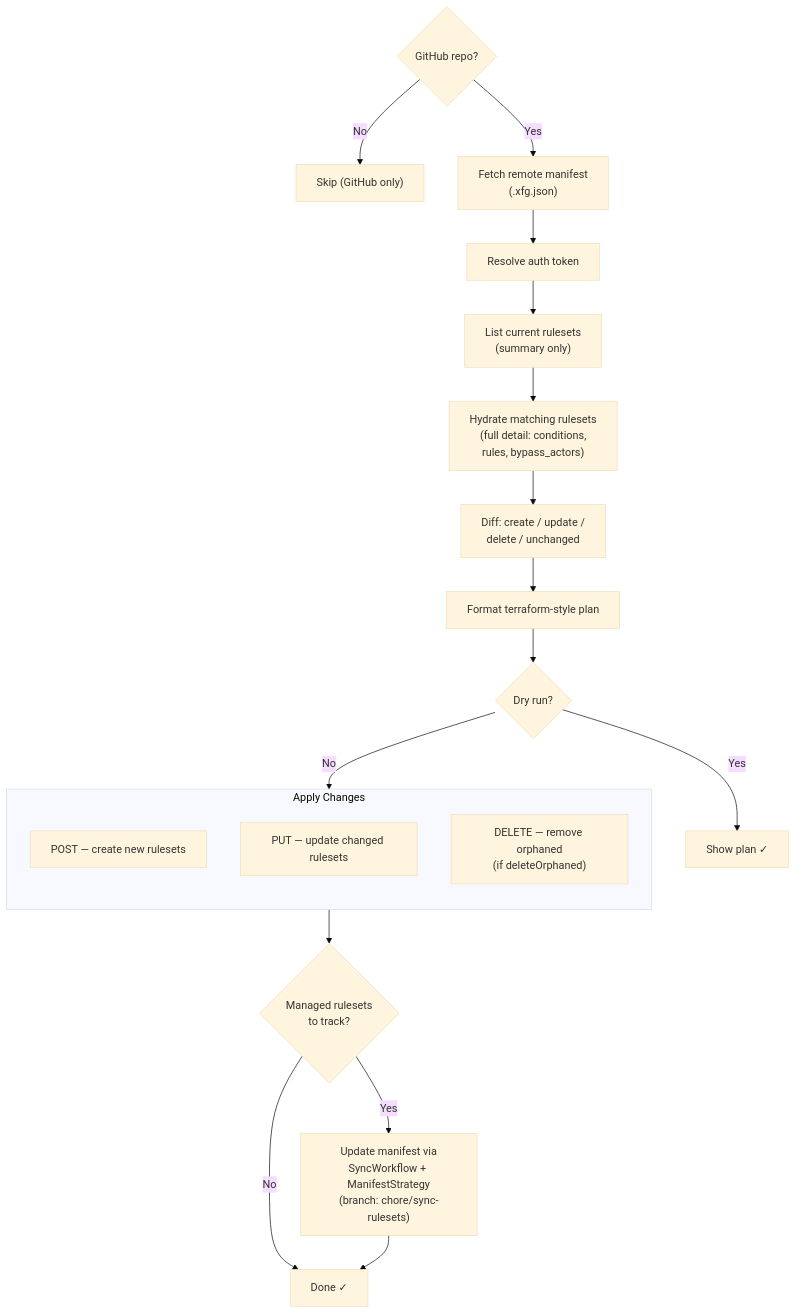
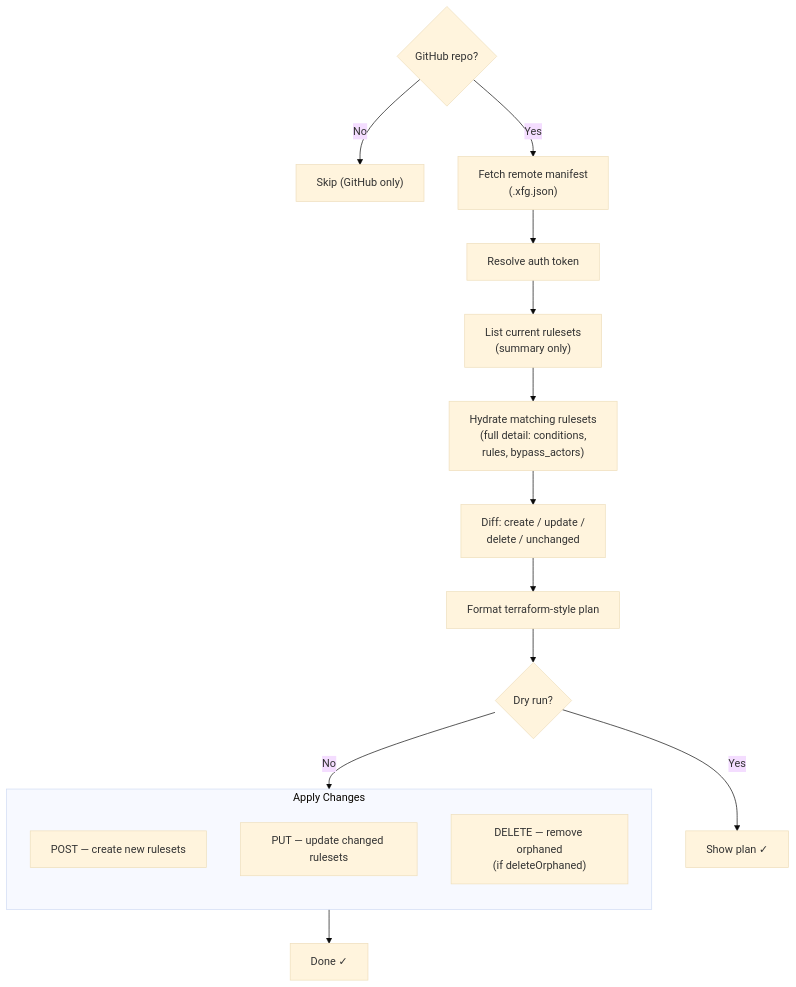
The fourth of 6 diagrams in docs/index.md (anthony-spruyt/xfg), drawn with Mermaid (base theme) before and after one commit. The commit also changed other lines of this file and 58 other files, not shown here.

````diff
--- a/docs/index.md
+++ b/docs/index.md
@@ -354,28 +351,25 @@
 ```mermaid
 flowchart TB
     GUARD{GitHub repo?} -->|No| SKIP_P["Skip (GitHub only)"]
     GUARD -->|Yes| FETCH_MANIFEST["Fetch remote manifest<br/>(.xfg.json)"]
 
     FETCH_MANIFEST --> TOKEN["Resolve auth token"]
 
     TOKEN --> LIST["List current rulesets<br/>(summary only)"]
     LIST --> HYDRATE["Hydrate matching rulesets<br/>(full detail: conditions,<br/>rules, bypass_actors)"]
 
     HYDRATE --> DIFF["Diff: create / update /<br/>delete / unchanged"]
     DIFF --> PLAN["Format terraform-style plan"]
     PLAN --> DRY{Dry run?}
     DRY -->|Yes| SHOW["Show plan ✓"]
     DRY -->|No| APPLY
 
     subgraph APPLY["Apply Changes"]
         direction TB
         C["POST — create new rulesets"]
         U["PUT — update changed rulesets"]
         D["DELETE — remove orphaned<br/>(if deleteOrphaned)"]
     end
 
-    APPLY --> MANIFEST_CHECK{"Managed rulesets<br/>to track?"}
-    MANIFEST_CHECK -->|No| DONE["Done ✓"]
-    MANIFEST_CHECK -->|Yes| MANIFEST["Update manifest via<br/>SyncWorkflow + ManifestStrategy<br/>(branch: chore/sync-rulesets)"]
-    MANIFEST --> DONE
+    APPLY --> DONE["Done ✓"]
 ```
````
